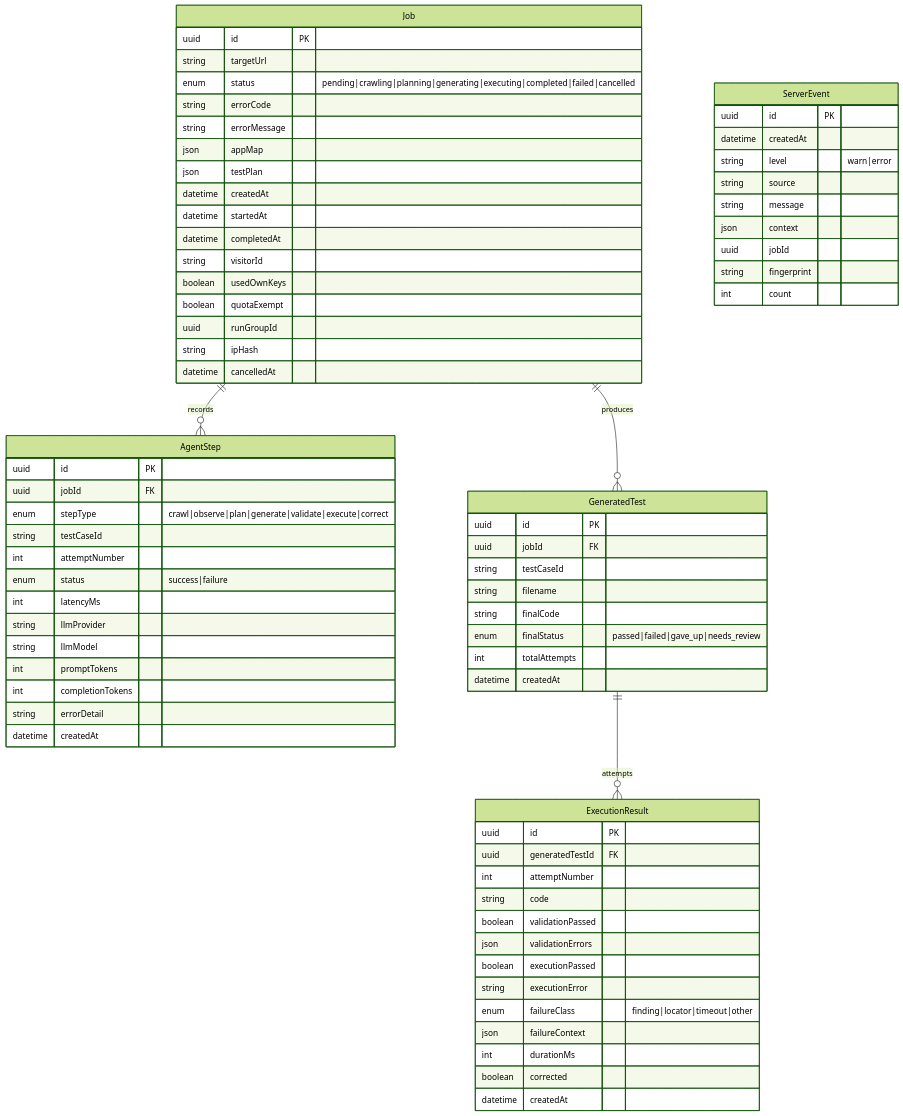
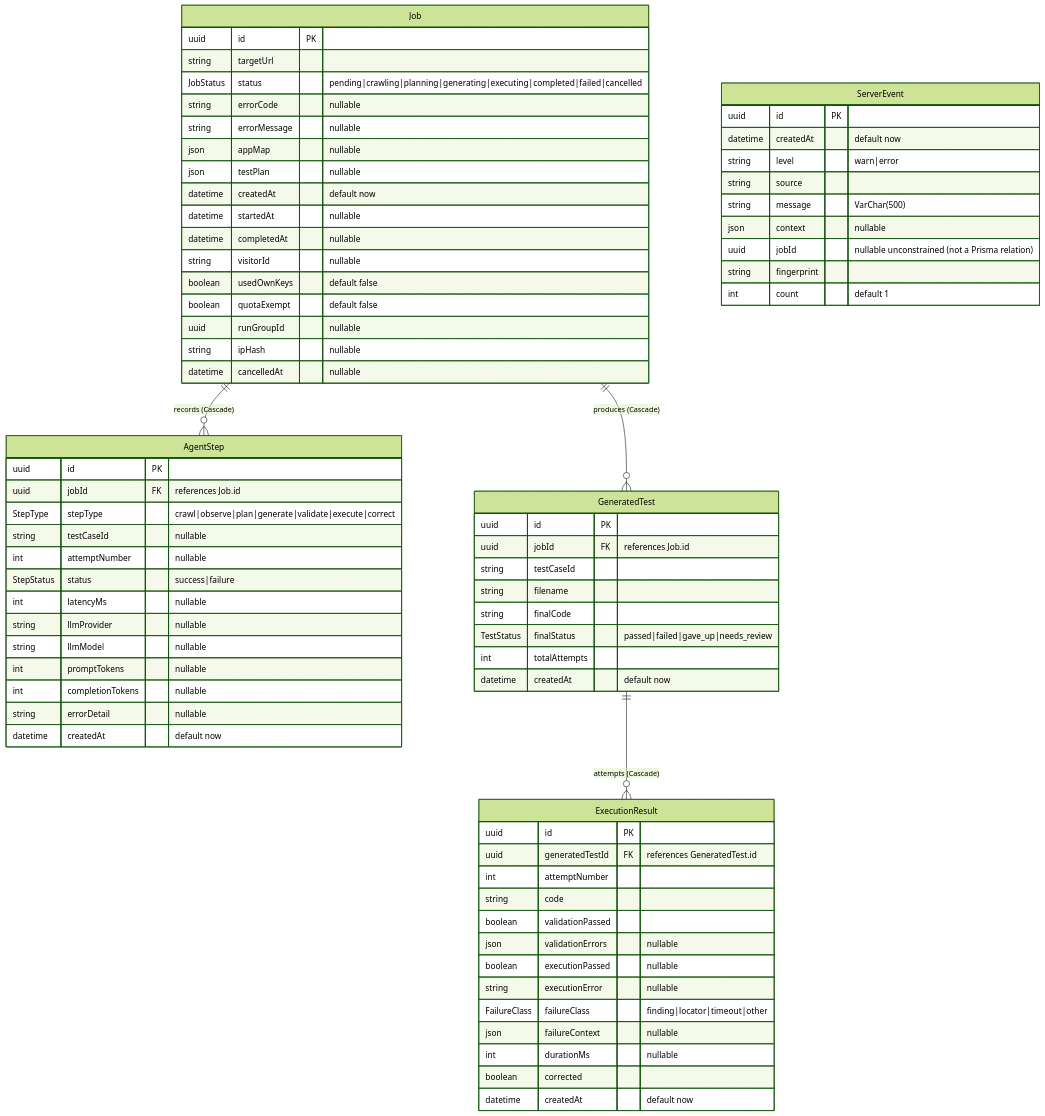
One commit to vansh412f/agentic-test-case-generator changed the sixth of 6 diagrams in Readme.md. Above: the diagram before and after it, drawn with Mermaid (forest theme). The commit also changed other lines of this file and 36 other files, not shown here.

Commit message:
cleanup code, nvidia provider removed, trace retention and fifo implied

````diff
--- a/Readme.md
+++ b/Readme.md
@@ -606,80 +686,80 @@
 ```mermaid
 erDiagram
-  Job ||--o{ AgentStep : "records"
-  Job ||--o{ GeneratedTest : "produces"
-  GeneratedTest ||--o{ ExecutionResult : "attempts"
+  Job ||--o{ AgentStep : "records (Cascade)"
+  Job ||--o{ GeneratedTest : "produces (Cascade)"
+  GeneratedTest ||--o{ ExecutionResult : "attempts (Cascade)"
 
   Job {
     uuid id PK
     string targetUrl
-    enum status "pending|crawling|planning|generating|executing|completed|failed|cancelled"
-    string errorCode
-    string errorMessage
-    json appMap
-    json testPlan
-    datetime createdAt
-    datetime startedAt
-    datetime completedAt
-    string visitorId
-    boolean usedOwnKeys
-    boolean quotaExempt
-    uuid runGroupId
-    string ipHash
-    datetime cancelledAt
+    JobStatus status "pending|crawling|planning|generating|executing|completed|failed|cancelled"
+    string errorCode "nullable"
+    string errorMessage "nullable"
+    json appMap "nullable"
+    json testPlan "nullable"
+    datetime createdAt "default now"
+    datetime startedAt "nullable"
+    datetime completedAt "nullable"
+    string visitorId "nullable"
+    boolean usedOwnKeys "default false"
+    boolean quotaExempt "default false"
+    uuid runGroupId "nullable"
+    string ipHash "nullable"
+    datetime cancelledAt "nullable"
   }
 
   AgentStep {
     uuid id PK
-    uuid jobId FK
-    enum stepType "crawl|observe|plan|generate|validate|execute|correct"
-    string testCaseId
-    int attemptNumber
-    enum status "success|failure"
-    int latencyMs
-    string llmProvider
-    string llmModel
-    int promptTokens
-    int completionTokens
-    string errorDetail
-    datetime createdAt
+    uuid jobId FK "references Job.id"
+    StepType stepType "crawl|observe|plan|generate|validate|execute|correct"
+    string testCaseId "nullable"
+    int attemptNumber "nullable"
+    StepStatus status "success|failure"
+    int latencyMs "nullable"
+    string llmProvider "nullable"
+    string llmModel "nullable"
+    int promptTokens "nullable"
+    int completionTokens "nullable"
+    string errorDetail "nullable"
+    datetime createdAt "default now"
   }
 
   GeneratedTest {
     uuid id PK
-    uuid jobId FK
+    uuid jobId FK "references Job.id"
     string testCaseId
     string filename
     string finalCode
-    enum finalStatus "passed|failed|gave_up|needs_review"
+    TestStatus finalStatus "passed|failed|gave_up|needs_review"
     int totalAttempts
-    datetime createdAt
+    datetime createdAt "default now"
   }
 
   ExecutionResult {
     uuid id PK
-    uuid generatedTestId FK
+    uuid generatedTestId FK "references GeneratedTest.id"
     int attemptNumber
     string code
     boolean validationPassed
-    json validationErrors
-    boolean executionPassed
-    string executionError
-    enum failureClass "finding|locator|timeout|other"
-    json failureContext
-    int durationMs
+    json validationErrors "nullable"
+    boolean executionPassed "nullable"
+    string executionError "nullable"
+    FailureClass failureClass "finding|locator|timeout|other"
+    json failureContext "nullable"
+    int durationMs "nullable"
     boolean corrected
-    datetime createdAt
+    datetime createdAt "default now"
   }
 
   ServerEvent {
     uuid id PK
-    datetime createdAt
+    datetime createdAt "default now"
     string level "warn|error"
     string source
-    string message
-    json context
-    uuid jobId
+    string message "VarChar(500)"
+    json context "nullable"
+    uuid jobId "nullable unconstrained (not a Prisma relation)"
     string fingerprint
-    int count
+    int count "default 1"
   }
 ```
````
